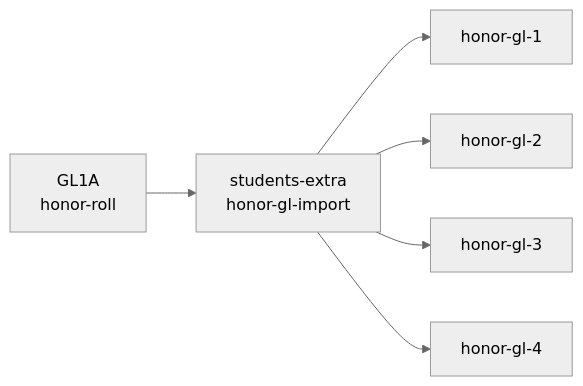
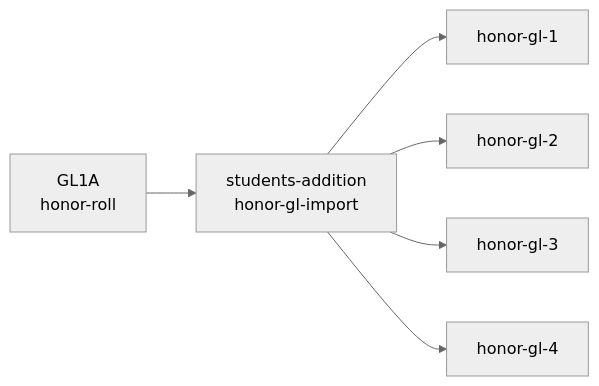
The second of 2 diagrams in admin-README.md (hungple/GLVN-database), drawn with Mermaid (neutral theme) before and after one commit. The commit also changed other lines of this file, not shown here.

````diff
--- a/admin-README.md
+++ b/admin-README.md
@@ -136,15 +201,15 @@
 ```mermaid
 flowchart LR
     A["GL1A<br/>honor-roll"]
-    B["students-extra<br/>honor-gl-import"]
+    B["students-addition<br/>honor-gl-import"]
     C["honor-gl-1"]
     D["honor-gl-2"]
     E["honor-gl-3"]
     F["honor-gl-4"]
 
     A --> B
     B --> C
     B --> D
     B --> E
     B --> F
 ```
````
